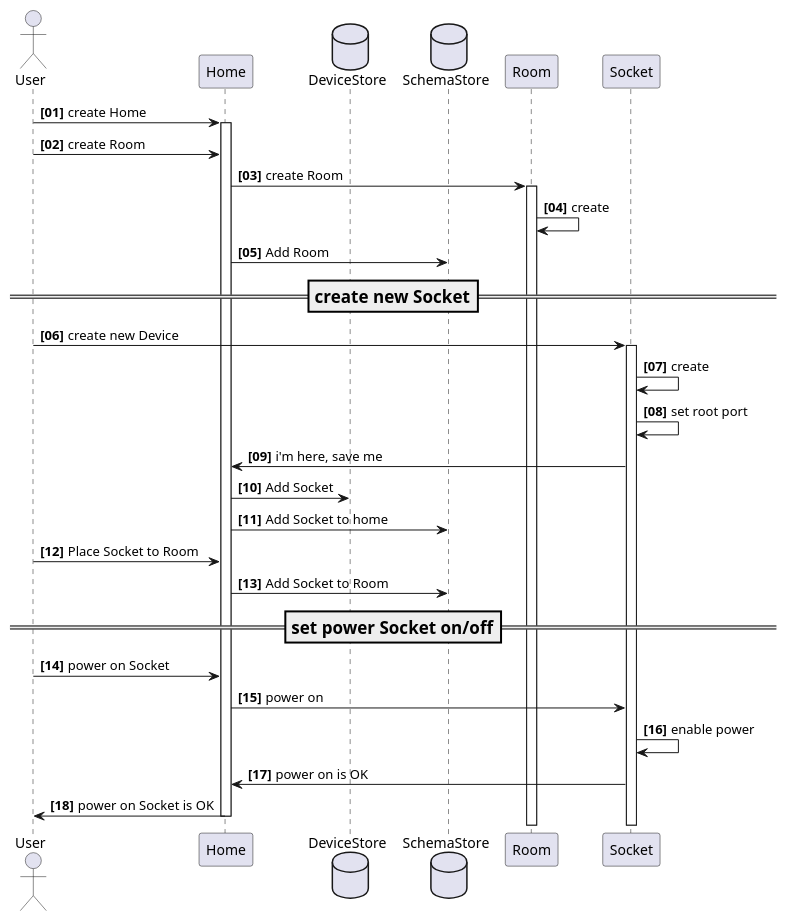
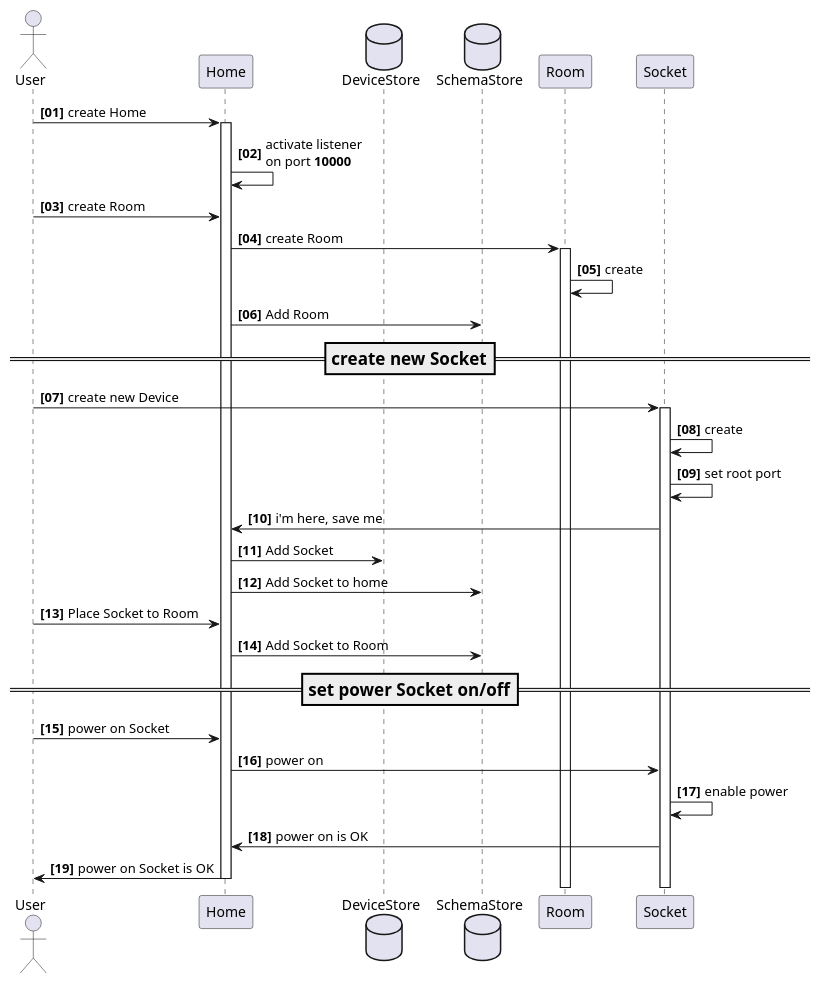
Before and after one commit to KovalyshevMikhail/otus_homeworks: the diagram in _ideas/network_work.puml, drawn with PlantUML. The commit also changed 14 other files, not shown here.

```diff
--- a/_ideas/network_work.puml
+++ b/_ideas/network_work.puml
@@ -1,45 +1,46 @@
 @startuml
 'https://plantuml.com/sequence-diagram
 
 autonumber "<b>[00]"
 
 actor User as user
 
 participant Home as home
 database DeviceStore as ds
 database SchemaStore as ss
 participant Room as r01
 participant Socket as s01
 
 
 user -> home: create Home
 activate home
+home -> home: activate listener\non port <b>10000
 
 user -> home: create Room
 home -> r01: create Room
 activate r01
 r01 -> r01: create
 home -> ss: Add Room
 
 === create new Socket ==
 user -> s01: create new Device
 activate s01
 s01 -> s01: create
 s01 -> s01: set root port
 s01 -> home: i'm here, save me
 home -> ds: Add Socket
 home -> ss: Add Socket to home
 
 user -> home: Place Socket to Room
 home -> ss: Add Socket to Room
 
 === set power Socket on/off ==
 user -> home: power on Socket
 home -> s01: power on
 s01 -> s01: enable power
 s01 -> home: power on is OK
 home -> user: power on Socket is OK
 
 
 deactivate home
 @enduml
```
